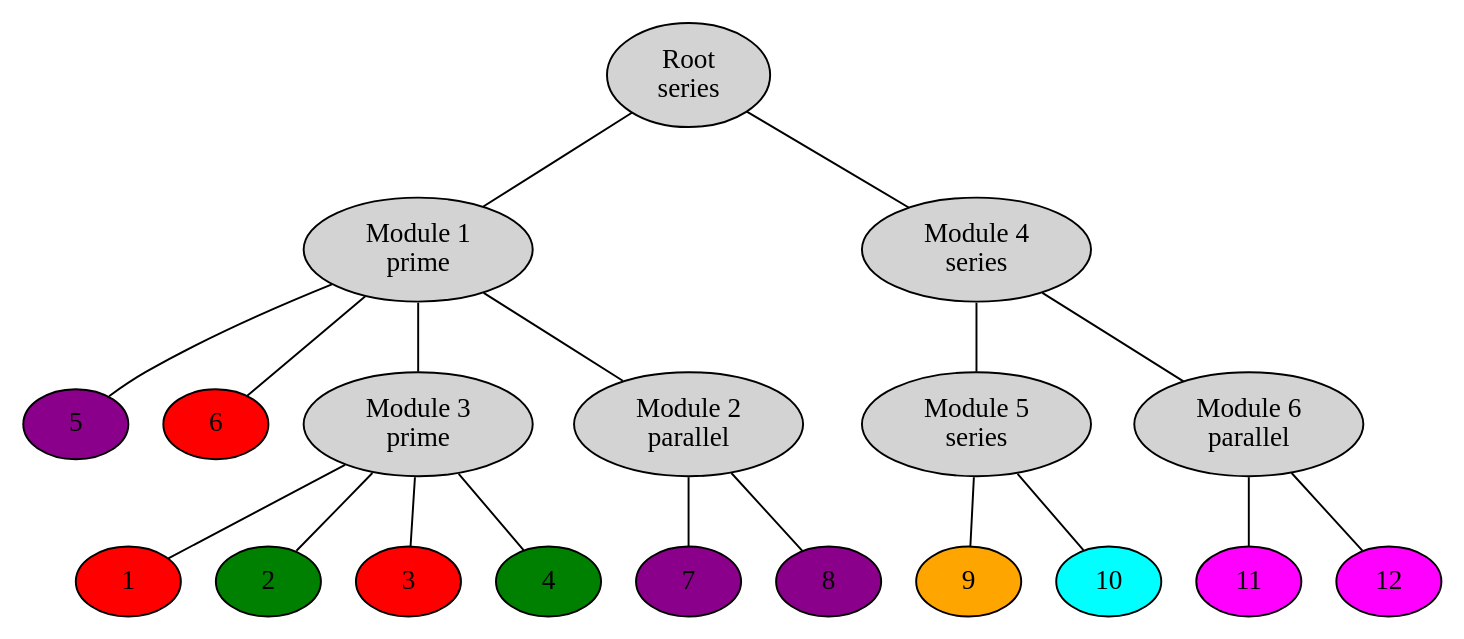
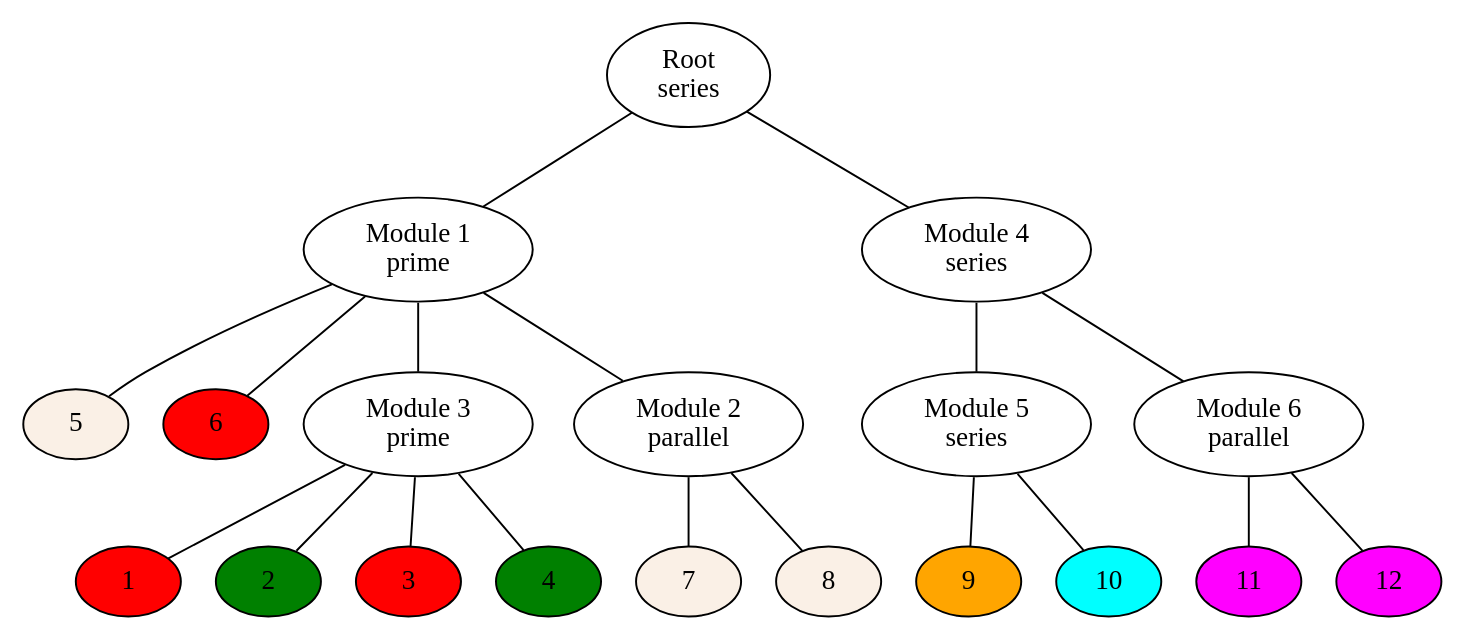
Before and after one commit to MrBoboGet/BachelorThesis: the diagram in Paper/Strategies9.dot, drawn with Graphviz. The commit also changed 9 other files, not shown here.

```diff
--- a/Paper/Strategies9.dot
+++ b/Paper/Strategies9.dot
@@ -1,38 +1,39 @@
 graph
 {
     node [style="filled"]
+    node [fillcolor="white"]
     "Module 1" -- {5 6}
     "Module 1" -- {"Module 3" "Module 2"}
     "Module 2" -- {7 8}
     "Module 3" -- {1 2 3 4}
 
     "Root" -- "Module 1"
     "Root" -- "Module 4"
     "Module 4" -- {"Module 5" "Module 6"}
     "Module 5" -- {9 10}
     "Module 6" -- {11 12}
     {rank="source"; "Root"}
 
 
     "Module 1" [label="\N\nprime"]
     "Module 2" [label="\N\nparallel"]
     "Module 3" [label="\N\nprime"]
     "Module 4" [label="\N\nseries"]
     "Module 5" [label="\N\nseries"]
     "Module 6" [label="\N\nparallel"]
     "Root" [label="\N\nseries"]
 
 
     1 [fillcolor="red"]
     2 [fillcolor="green"]
     3 [fillcolor="red"]
     4 [fillcolor="green"]
-    5 [fillcolor="darkmagenta"]
+    5 [fillcolor="linen"]
     6 [fillcolor="red"]
-    7 [fillcolor="darkmagenta"]
-    8 [fillcolor="darkmagenta"]
+    7 [fillcolor="linen"]
+    8 [fillcolor="linen"]
     9 [fillcolor="orange"]
     10 [fillcolor="cyan"]
     11 [fillcolor="magenta"]
     12 [fillcolor="magenta"]
 }
```
